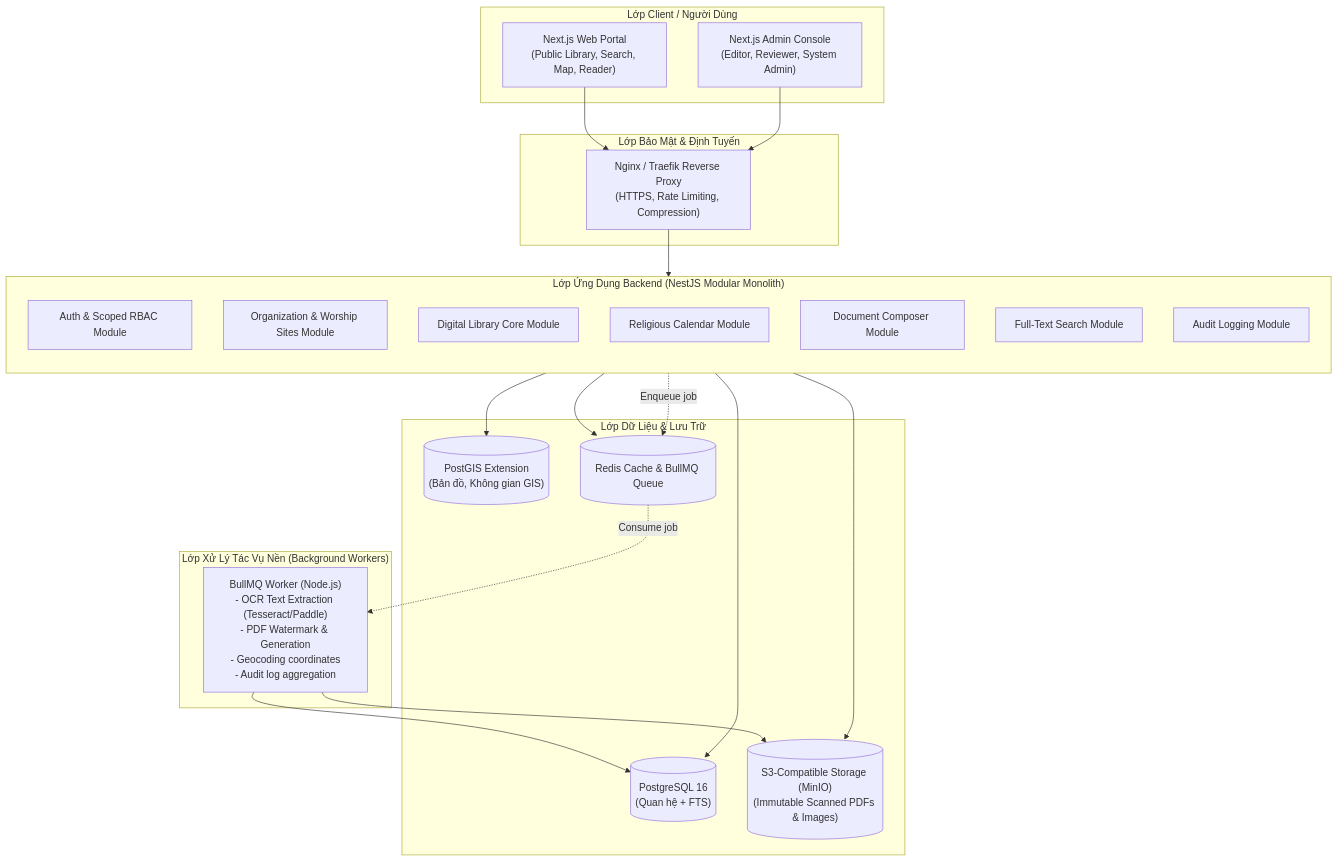
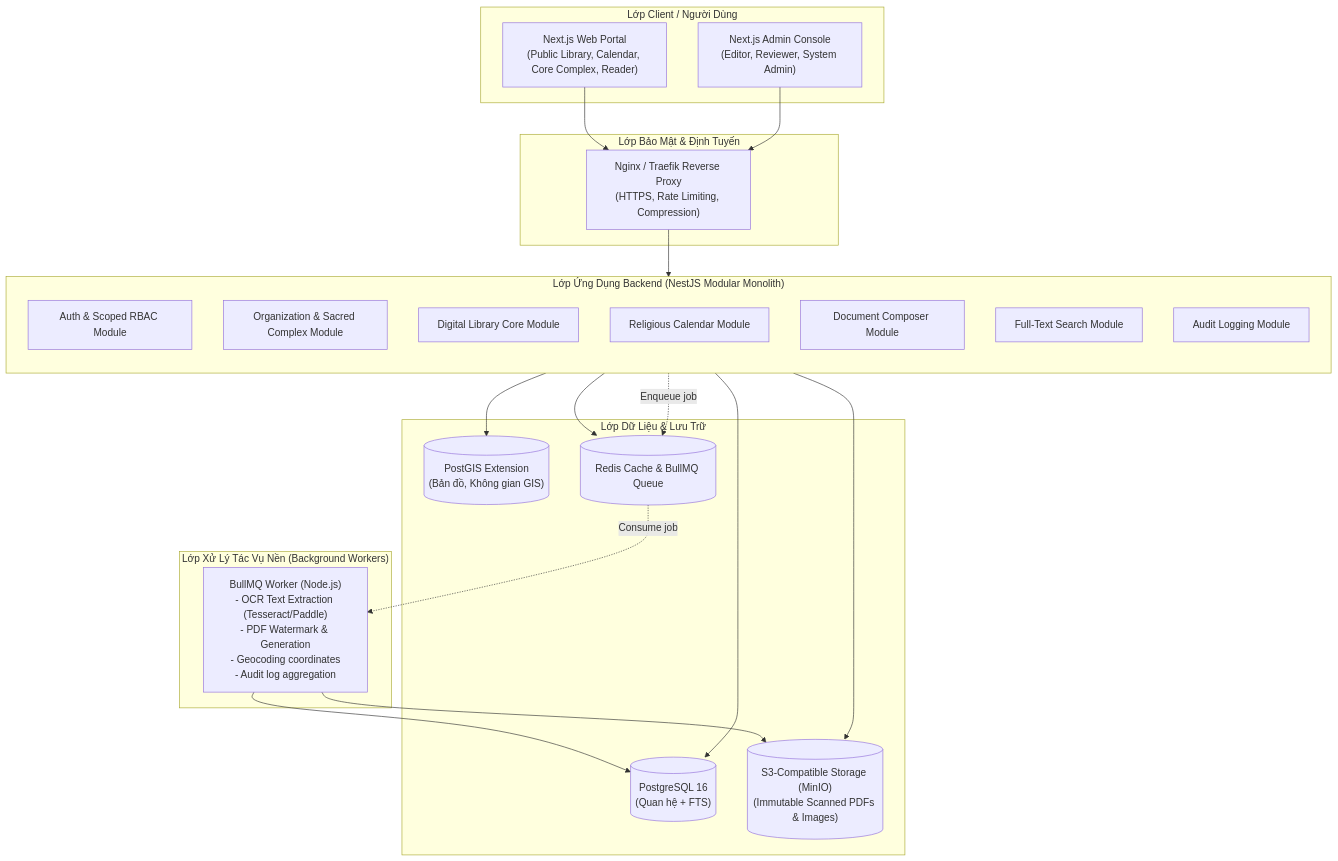
Before and after one commit to DG-Kit/CaoDai-BCD: the diagram in docs/02-architecture/SYSTEM_ARCHITECTURE.md, drawn with Mermaid. The commit also changed other lines of this file and 25 other files, not shown here.

````diff
--- a/docs/02-architecture/SYSTEM_ARCHITECTURE.md
+++ b/docs/02-architecture/SYSTEM_ARCHITECTURE.md
@@ -17,47 +17,47 @@
 ```mermaid
 flowchart TD
     subgraph ClientLayer["Lớp Client / Người Dùng"]
-        WebPortal["Next.js Web Portal\n(Public Library, Search, Map, Reader)"]
+        WebPortal["Next.js Web Portal\n(Public Library, Calendar, Core Complex, Reader)"]
         AdminPortal["Next.js Admin Console\n(Editor, Reviewer, System Admin)"]
     end
 
     subgraph GatewayLayer["Lớp Bảo Mật & Định Tuyến"]
         ReverseProxy["Nginx / Traefik Reverse Proxy\n(HTTPS, Rate Limiting, Compression)"]
     end
 
     subgraph BackendApp["Lớp Ứng Dụng Backend (NestJS Modular Monolith)"]
         direction TB
         AuthMod["Auth & Scoped RBAC Module"]
-        OrgMod["Organization & Worship Sites Module"]
+        OrgMod["Organization & Sacred Complex Module"]
         LibMod["Digital Library Core Module"]
         CalMod["Religious Calendar Module"]
         DocMod["Document Composer Module"]
         SearchMod["Full-Text Search Module"]
         AuditMod["Audit Logging Module"]
     end
 
     subgraph AsyncWorker["Lớp Xử Lý Tác Vụ Nền (Background Workers)"]
         BullMQWorker["BullMQ Worker (Node.js)\n- OCR Text Extraction (Tesseract/Paddle)\n- PDF Watermark & Generation\n- Geocoding coordinates\n- Audit log aggregation"]
     end
 
     subgraph DataStorage["Lớp Dữ Liệu & Lưu Trữ"]
         PostgreSQL[("PostgreSQL 16\n(Quan hệ + FTS)")]
         PostGIS[("PostGIS Extension\n(Bản đồ, Không gian GIS)")]
         RedisDB[("Redis Cache & BullMQ Queue")]
         S3Storage[("S3-Compatible Storage (MinIO)\n(Immutable Scanned PDFs & Images)")]
     end
 
     WebPortal --> ReverseProxy
     AdminPortal --> ReverseProxy
     ReverseProxy --> BackendApp
 
     BackendApp --> PostgreSQL
     BackendApp --> PostGIS
     BackendApp --> RedisDB
     BackendApp --> S3Storage
 
     BackendApp -. Enqueue job .-> RedisDB
     RedisDB -. Consume job .-> BullMQWorker
     BullMQWorker --> PostgreSQL
     BullMQWorker --> S3Storage
 ```
````
